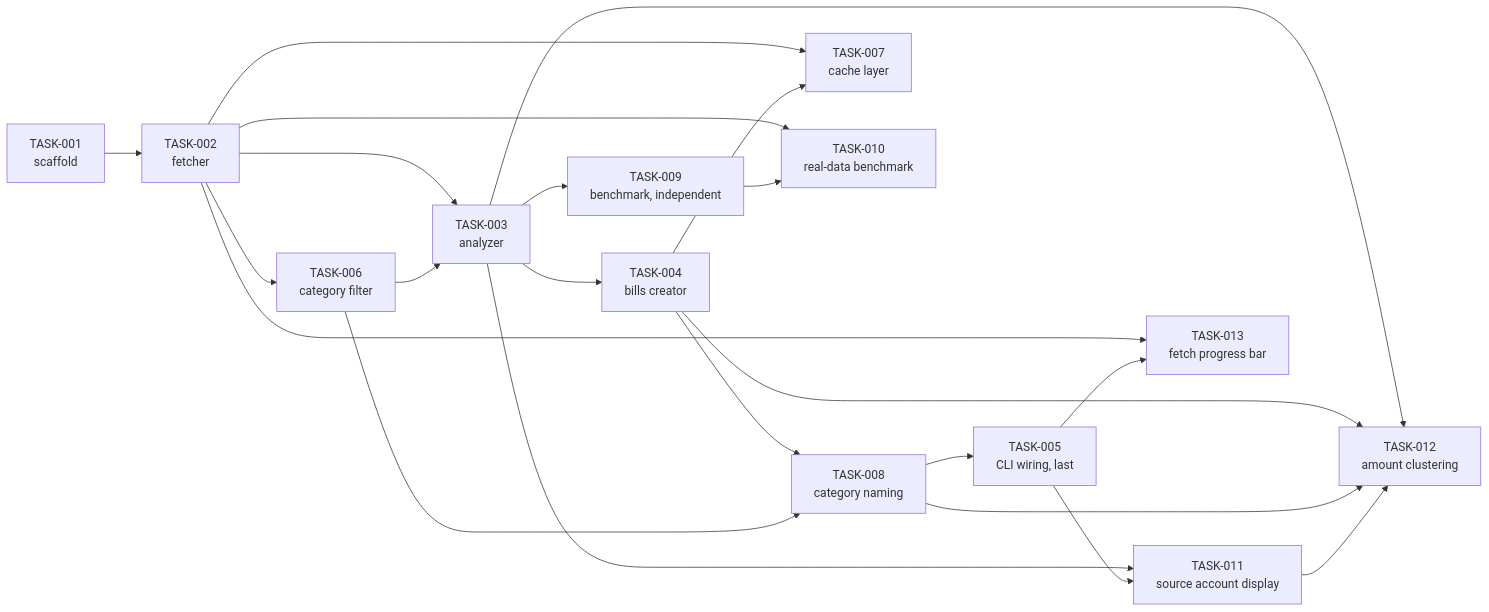
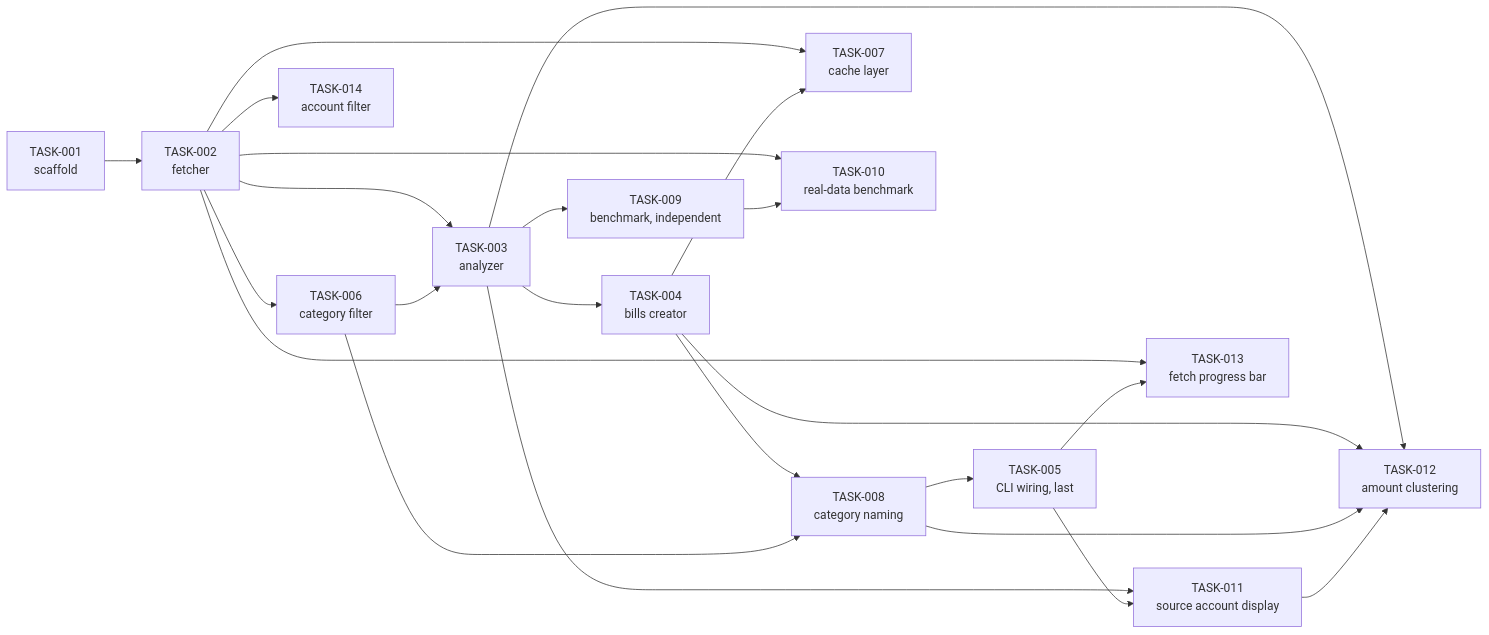
One commit to CmdrPrompt/firefly-bills-analyzer changed the diagram in docs/tasks/README.md. Above: the diagram before and after it, drawn with Mermaid. The commit also changed other lines of this file and 3 other files, not shown here.

````diff
--- a/docs/tasks/README.md
+++ b/docs/tasks/README.md
@@ -28,24 +29,25 @@
 ```mermaid
 graph LR
     T001[TASK-001<br/>scaffold] --> T002[TASK-002<br/>fetcher]
     T002 --> T006[TASK-006<br/>category filter]
     T002 --> T003[TASK-003<br/>analyzer]
     T006 --> T003
     T003 --> T004[TASK-004<br/>bills creator]
     T004 --> T008[TASK-008<br/>category naming]
     T006 --> T008
     T002 --> T007[TASK-007<br/>cache layer]
     T004 --> T007
     T008 --> T005[TASK-005<br/>CLI wiring, last]
     T003 --> T009[TASK-009<br/>benchmark, independent]
     T002 --> T010[TASK-010<br/>real-data benchmark]
     T009 --> T010
     T003 --> T011[TASK-011<br/>source account display]
     T005 --> T011
     T003 --> T012[TASK-012<br/>amount clustering]
     T004 --> T012
     T008 --> T012
     T011 --> T012
     T002 --> T013[TASK-013<br/>fetch progress bar]
     T005 --> T013
+    T002 --> T014[TASK-014<br/>account filter]
 ```
````
